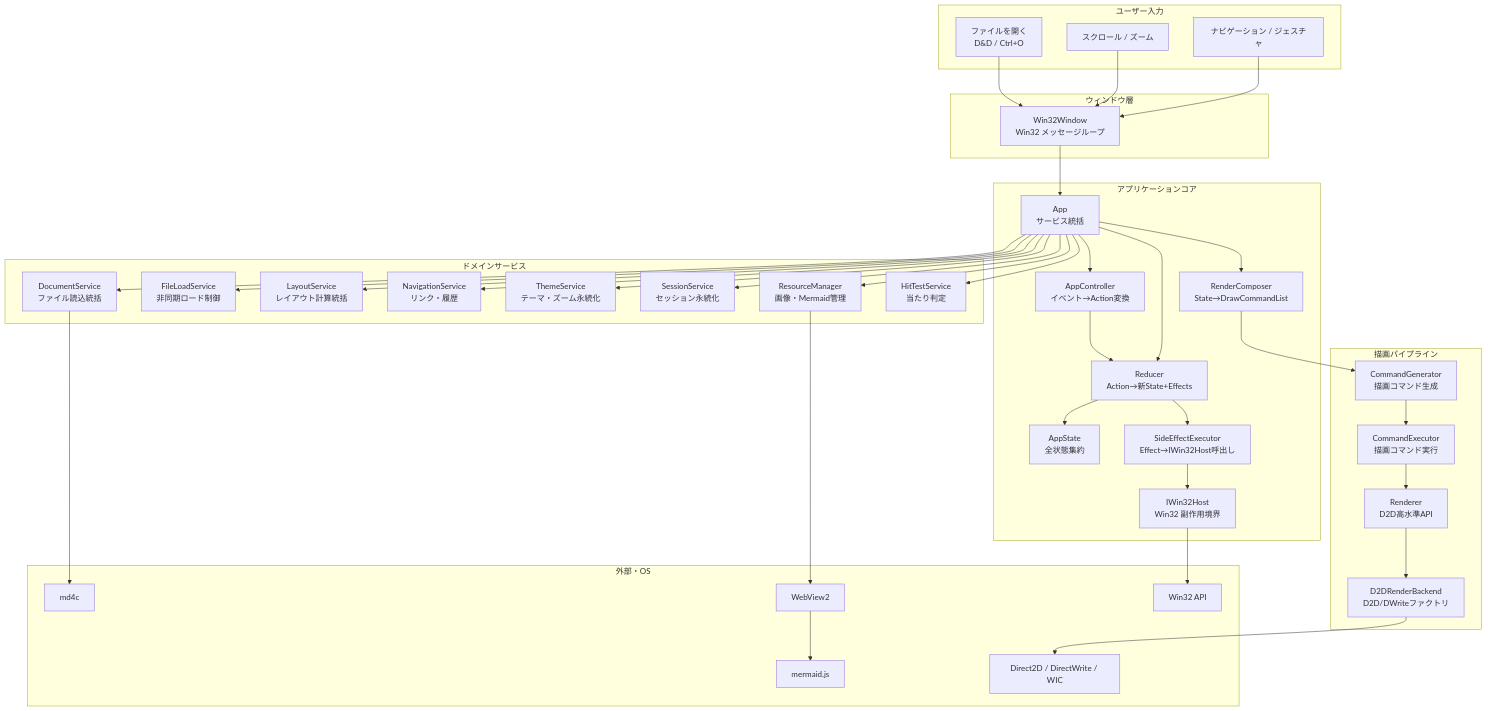
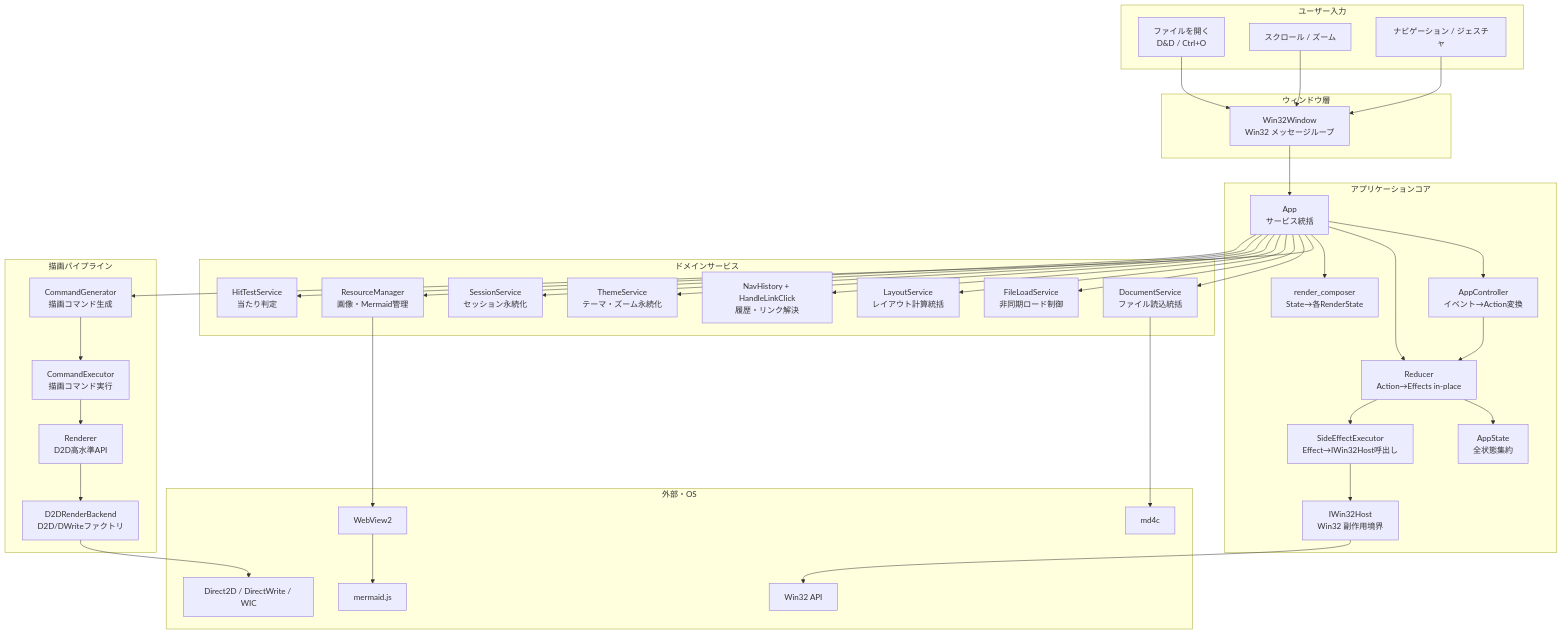
One commit to tanaton/mendo changed the first of 27 diagrams in example/test.md. Above: the diagram before and after it, drawn with Mermaid. The commit also changed other lines of this file, not shown here.

````diff
--- a/example/test.md
+++ b/example/test.md
@@ -36,68 +36,68 @@
 ```mermaid
 graph TB
     subgraph ユーザー入力
         A[ファイルを開く<br>D&D / Ctrl+O]
         B[スクロール / ズーム]
         C[ナビゲーション / ジェスチャ]
     end
 
     subgraph ウィンドウ層
         W[Win32Window<br>Win32 メッセージループ]
     end
 
     subgraph アプリケーションコア
         APP[App<br>サービス統括]
         AS[AppState<br>全状態集約]
-        RD[Reducer<br>Action→新State+Effects]
+        RD[Reducer<br>Action→Effects in-place]
         SEE[SideEffectExecutor<br>Effect→IWin32Host呼出し]
-        RC[RenderComposer<br>State→DrawCommandList]
+        RC[render_composer<br>State→各RenderState]
         AC[AppController<br>イベント→Action変換]
         WH[IWin32Host<br>Win32 副作用境界]
     end
 
     subgraph ドメインサービス
         DS[DocumentService<br>ファイル読込統括]
         FLS[FileLoadService<br>非同期ロード制御]
         LS[LayoutService<br>レイアウト計算統括]
-        NS[NavigationService<br>リンク・履歴]
+        NH[NavHistory + HandleLinkClick<br>履歴・リンク解決]
         TS[ThemeService<br>テーマ・ズーム永続化]
         SS_SVC[SessionService<br>セッション永続化]
         RM[ResourceManager<br>画像・Mermaid管理]
         HT[HitTestService<br>当たり判定]
     end
 
     subgraph 描画パイプライン
         CG[CommandGenerator<br>描画コマンド生成]
         CE[CommandExecutor<br>描画コマンド実行]
         REN[Renderer<br>D2D高水準API]
         RB[D2DRenderBackend<br>D2D/DWriteファクトリ]
     end
 
     subgraph "外部・OS"
         MD[md4c]
         WV[WebView2]
         MJ[mermaid.js]
         D2D_OS[Direct2D / DirectWrite / WIC]
         OS[Win32 API]
     end
 
     A & B & C --> W
     W --> APP
     APP --> AC
     AC --> RD
     APP --> RD
     RD --> AS
     RD --> SEE
     SEE --> WH
     WH --> OS
     APP --> RC
-    RC --> CG
+    APP --> CG
     CG --> CE
     CE --> REN
     REN --> RB
     RB --> D2D_OS
-    APP --> DS & FLS & LS & NS & TS & SS_SVC & RM & HT
+    APP --> DS & FLS & LS & NH & TS & SS_SVC & RM & HT
     DS --> MD
     RM --> WV
     WV --> MJ
 ```
````
